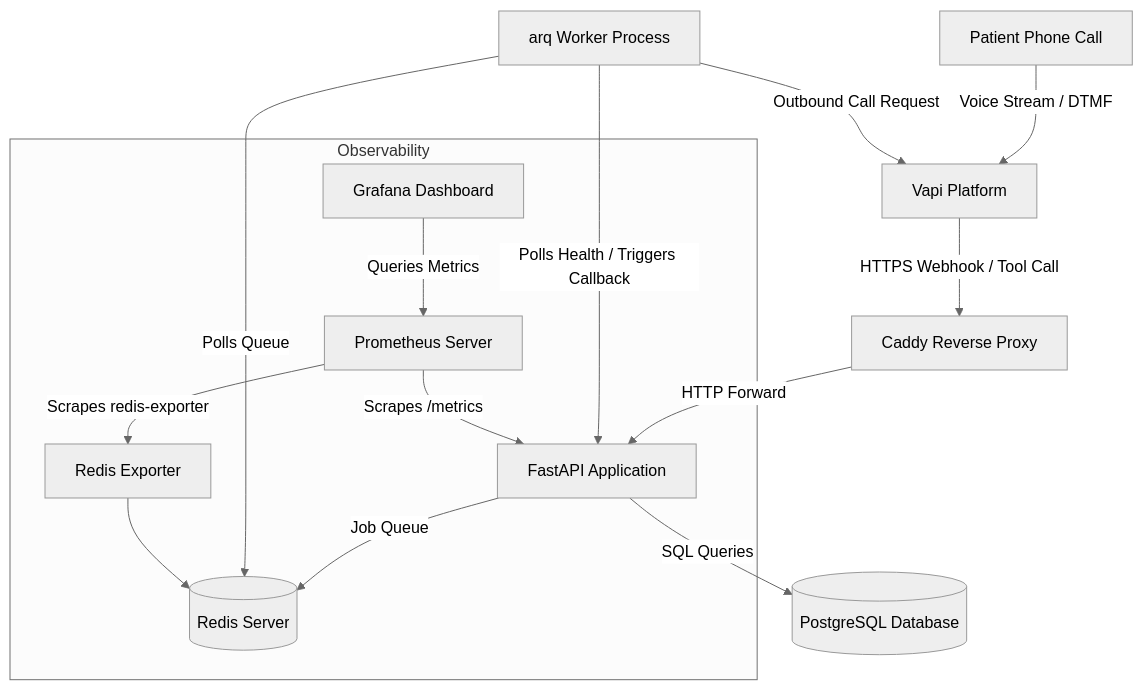
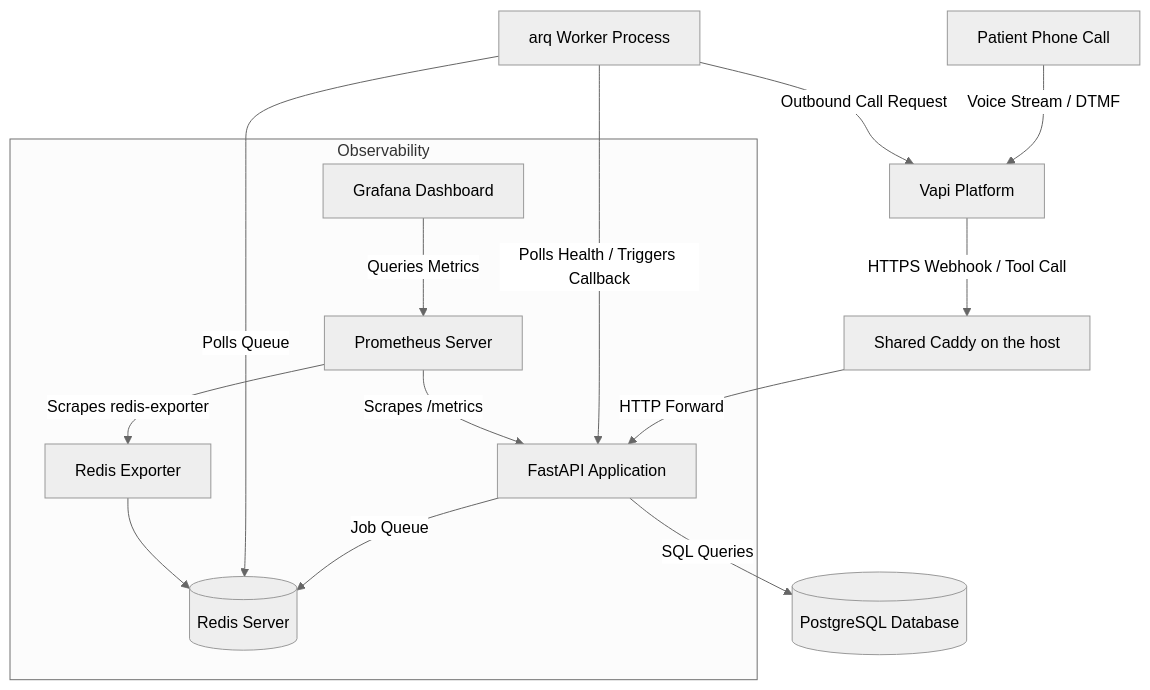
One commit to shareeq-acc/va-platform changed the diagram in README.md. Above: the diagram before and after it, drawn with Mermaid (neutral theme). The commit also changed other lines of this file and 8 other files, not shown here.

````diff
--- a/README.md
+++ b/README.md
@@ -9,18 +9,18 @@
 ```mermaid
 graph TD
     Client[Patient Phone Call] -->|Voice Stream / DTMF| Vapi[Vapi Platform]
-    Vapi -->|HTTPS Webhook / Tool Call| Caddy[Caddy Reverse Proxy]
+    Vapi -->|HTTPS Webhook / Tool Call| Caddy[Shared Caddy on the host]
     Caddy -->|HTTP Forward| App[FastAPI Application]
     App -->|SQL Queries| DB[(PostgreSQL Database)]
     App -->|Job Queue| Redis[(Redis Server)]
     arq_worker[arq Worker Process] -->|Polls Queue| Redis
     arq_worker -->|Polls Health / Triggers Callback| App
     arq_worker -->|Outbound Call Request| Vapi
     
     subgraph Observability
         Prometheus[Prometheus Server] -->|Scrapes /metrics| App
         Prometheus -->|Scrapes redis-exporter| redis_exporter[Redis Exporter]
         redis_exporter --> Redis
         Grafana[Grafana Dashboard] -->|Queries Metrics| Prometheus
     end
 ```
````
